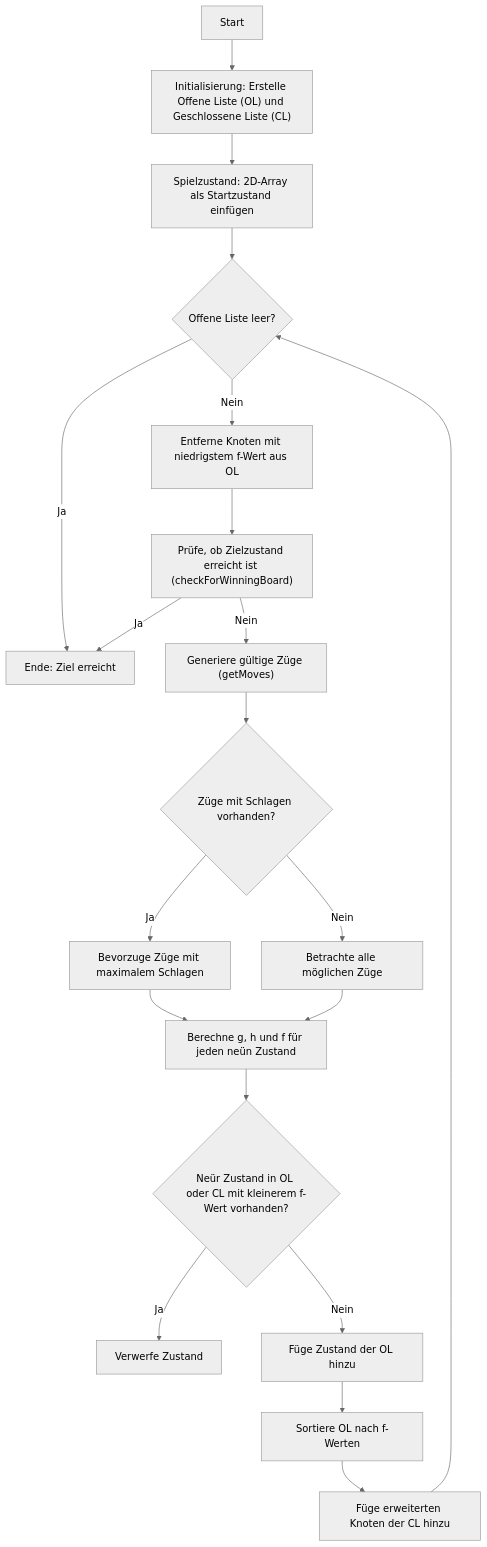
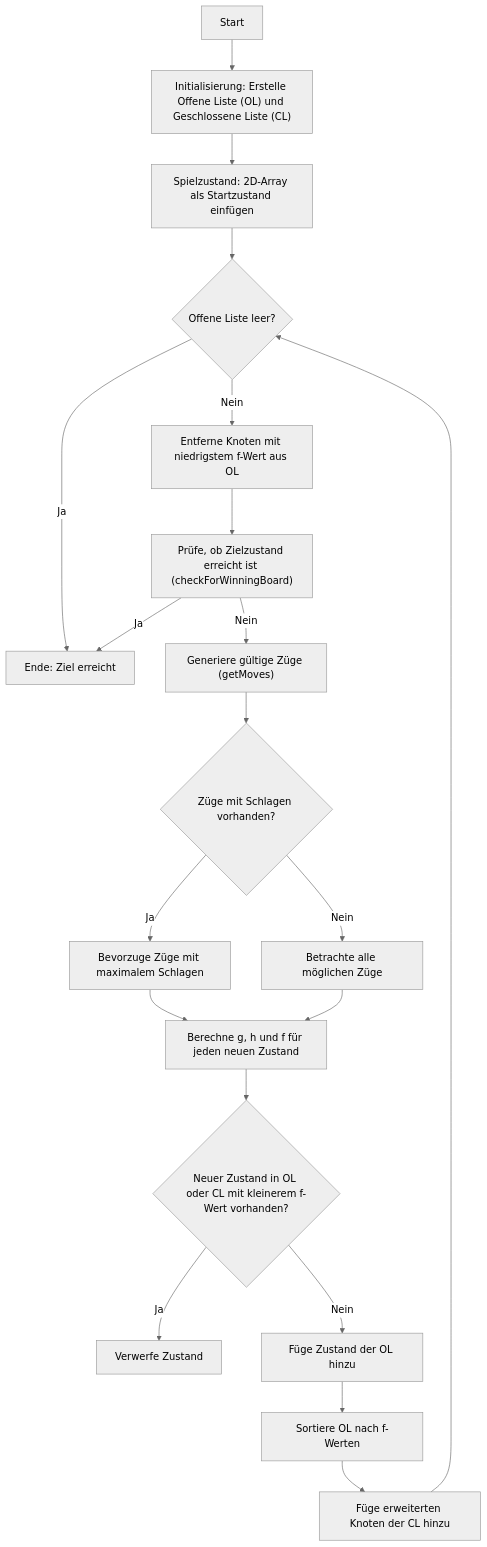
The diagram in p1_dokumentation.md (Lesekater/HAW-KI-Praktika), drawn with Mermaid (neutral theme) before and after one commit. The commit also changed other lines of this file, not shown here.

````diff
--- a/p1_dokumentation.md
+++ b/p1_dokumentation.md
@@ -100,22 +100,22 @@
 ```mermaid
 flowchart TD
    A[Start] --> B["Initialisierung: Erstelle Offene Liste (OL) und Geschlossene Liste (CL)"]
    B --> C[Spielzustand: 2D-Array als Startzustand einfügen]
    C --> D{Offene Liste leer?}
    D -->|Ja| E[Ende: Kein weiterer Zug möglich]
    D -->|Nein| F[Entferne Knoten mit niedrigstem f-Wert aus OL]
    F --> G["Prüfe, ob Zielzustand erreicht ist (checkForWinningBoard)"]
    G -->|Ja| E[Ende: Ziel erreicht]
    G -->|Nein| H["Generiere gültige Züge (getMoves)"]
    H --> I{Züge mit Schlagen vorhanden?}
    I -->|Ja| J[Bevorzuge Züge mit maximalem Schlagen]
    I -->|Nein| K[Betrachte alle möglichen Züge]
-   J --> L[Berechne g, h und f für jeden neün Zustand]
-   K --> L[Berechne g, h und f für jeden neün Zustand]
-   L --> M{Neür Zustand in OL oder CL mit kleinerem f-Wert vorhanden?}
+   J --> L[Berechne g, h und f für jeden neuen Zustand]
+   K --> L[Berechne g, h und f für jeden neuen Zustand]
+   L --> M{Neuer Zustand in OL oder CL mit kleinerem f-Wert vorhanden?}
    M -->|Ja| N[Verwerfe Zustand]
    M -->|Nein| O[Füge Zustand der OL hinzu]
    O --> P[Sortiere OL nach f-Werten]
    P --> Q[Füge erweiterten Knoten der CL hinzu]
    Q --> D
 ```
````
